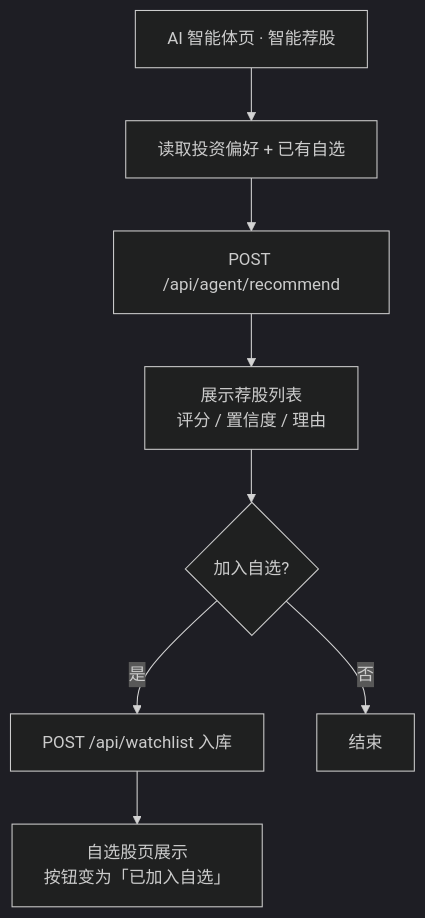
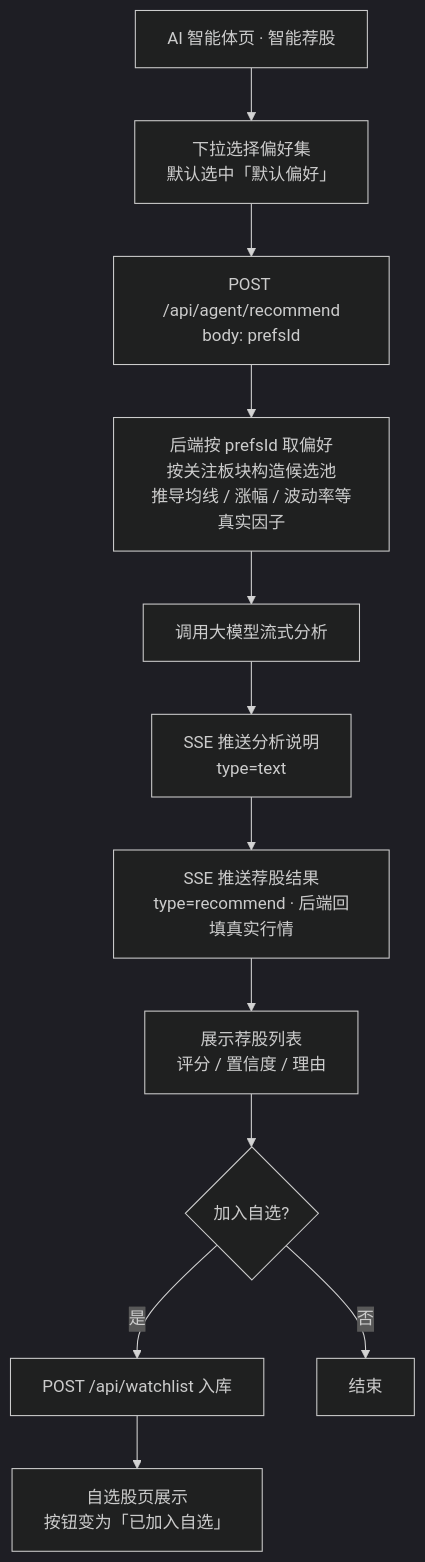
One commit to Song-Yingji/Iktsuarpok changed the fourth of 9 diagrams in README.md. Above: the diagram before and after it, drawn with Mermaid (dark theme). The commit also changed other lines of this file and 20 other files, not shown here.

````diff
--- a/README.md
+++ b/README.md
@@ -206,10 +216,14 @@
 ```mermaid
 flowchart TD
-    A[AI 智能体页 · 智能荐股] --> B[读取投资偏好 + 已有自选]
-    B --> C[POST /api/agent/recommend]
-    C --> D[展示荐股列表<br/>评分 / 置信度 / 理由]
-    D --> E{加入自选?}
-    E -- 是 --> F[POST /api/watchlist 入库]
-    F --> G[自选股页展示<br/>按钮变为「已加入自选」]
-    E -- 否 --> Z[结束]
+    A[AI 智能体页 · 智能荐股] --> B[下拉选择偏好集<br/>默认选中「默认偏好」]
+    B --> C[POST /api/agent/recommend<br/>body: prefsId]
+    C --> D[后端按 prefsId 取偏好<br/>按关注板块构造候选池<br/>推导均线 / 涨幅 / 波动率等真实因子]
+    D --> E[调用大模型流式分析]
+    E --> F[SSE 推送分析说明<br/>type=text]
+    F --> G[SSE 推送荐股结果<br/>type=recommend · 后端回填真实行情]
+    G --> H[展示荐股列表<br/>评分 / 置信度 / 理由]
+    H --> I{加入自选?}
+    I -- 是 --> J[POST /api/watchlist 入库]
+    J --> K[自选股页展示<br/>按钮变为「已加入自选」]
+    I -- 否 --> Z[结束]
 ```
````
